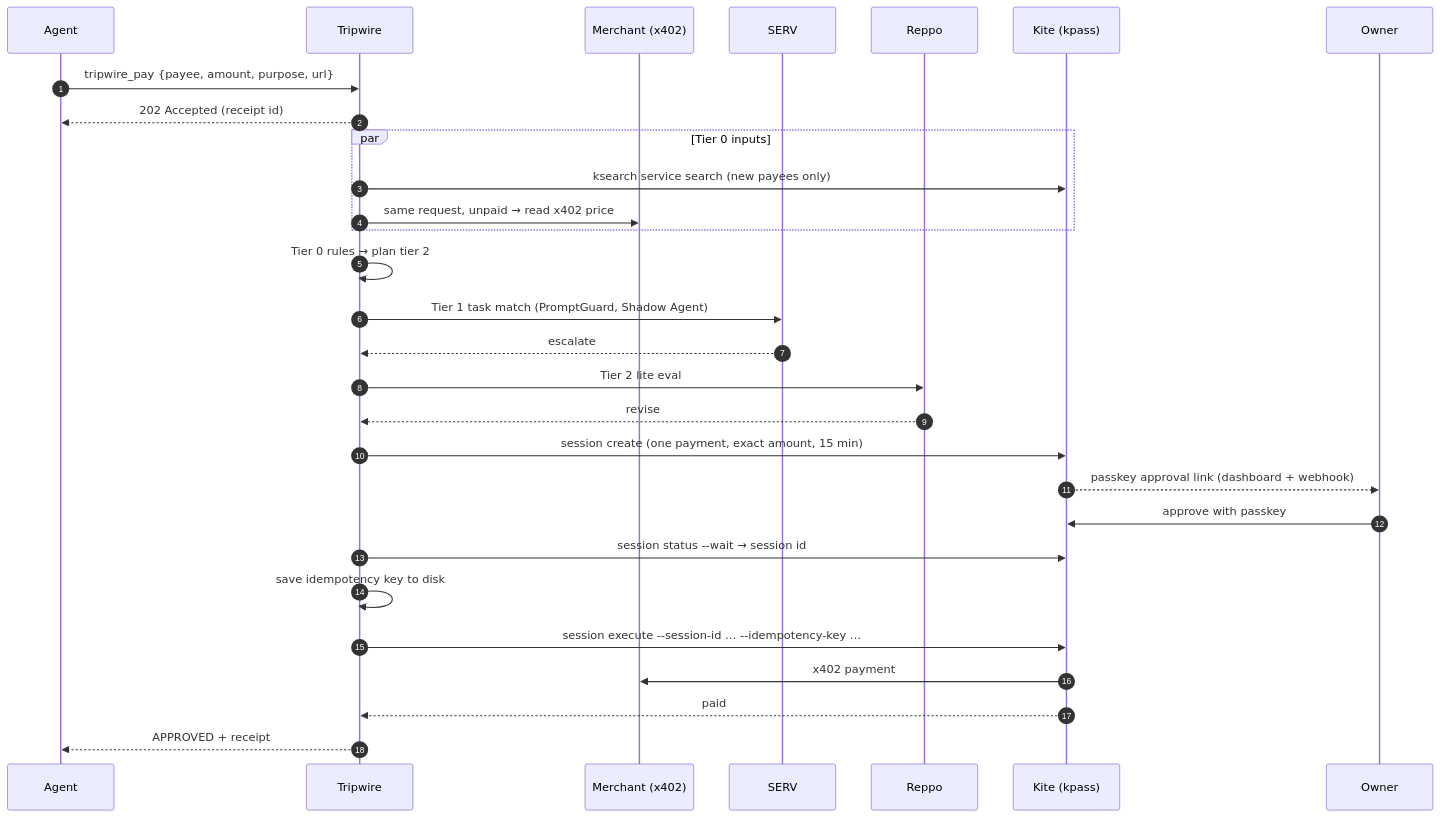
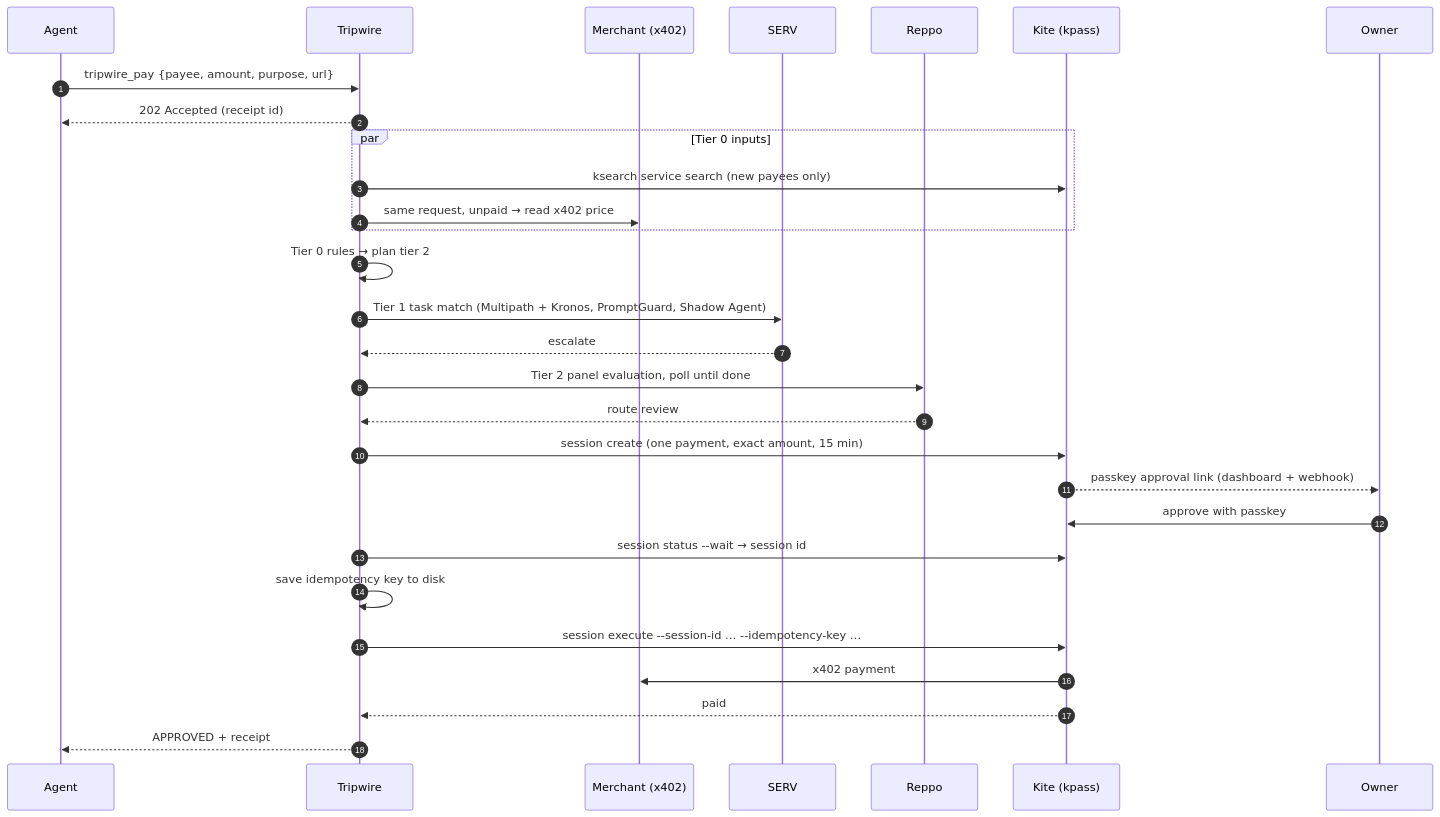
Before and after one commit to drained69/Countersign: the second of 2 diagrams in docs/architecture.md, drawn with Mermaid. The commit also changed other lines of this file and 33 other files, not shown here.

````diff
--- a/docs/architecture.md
+++ b/docs/architecture.md
@@ -59,31 +59,31 @@
 ```mermaid
 sequenceDiagram
     autonumber
     participant A as Agent
     participant T as Tripwire
     participant M as Merchant (x402)
     participant S as SERV
     participant R as Reppo
     participant K as Kite (kpass)
     participant O as Owner
     A->>T: tripwire_pay {payee, amount, purpose, url}
     T-->>A: 202 Accepted (receipt id)
     par Tier 0 inputs
         T->>K: ksearch service search (new payees only)
         T->>M: same request, unpaid → read x402 price
     end
     T->>T: Tier 0 rules → plan tier 2
-    T->>S: Tier 1 task match (PromptGuard, Shadow Agent)
+    T->>S: Tier 1 task match (Multipath + Kronos, PromptGuard, Shadow Agent)
     S-->>T: escalate
-    T->>R: Tier 2 lite eval
-    R-->>T: revise
+    T->>R: Tier 2 panel evaluation, poll until done
+    R-->>T: route review
     T->>K: session create (one payment, exact amount, 15 min)
     K-->>O: passkey approval link (dashboard + webhook)
     O->>K: approve with passkey
     T->>K: session status --wait → session id
     T->>T: save idempotency key to disk
     T->>K: session execute --session-id … --idempotency-key …
     K->>M: x402 payment
     K-->>T: paid
     T-->>A: APPROVED + receipt
 ```
````
